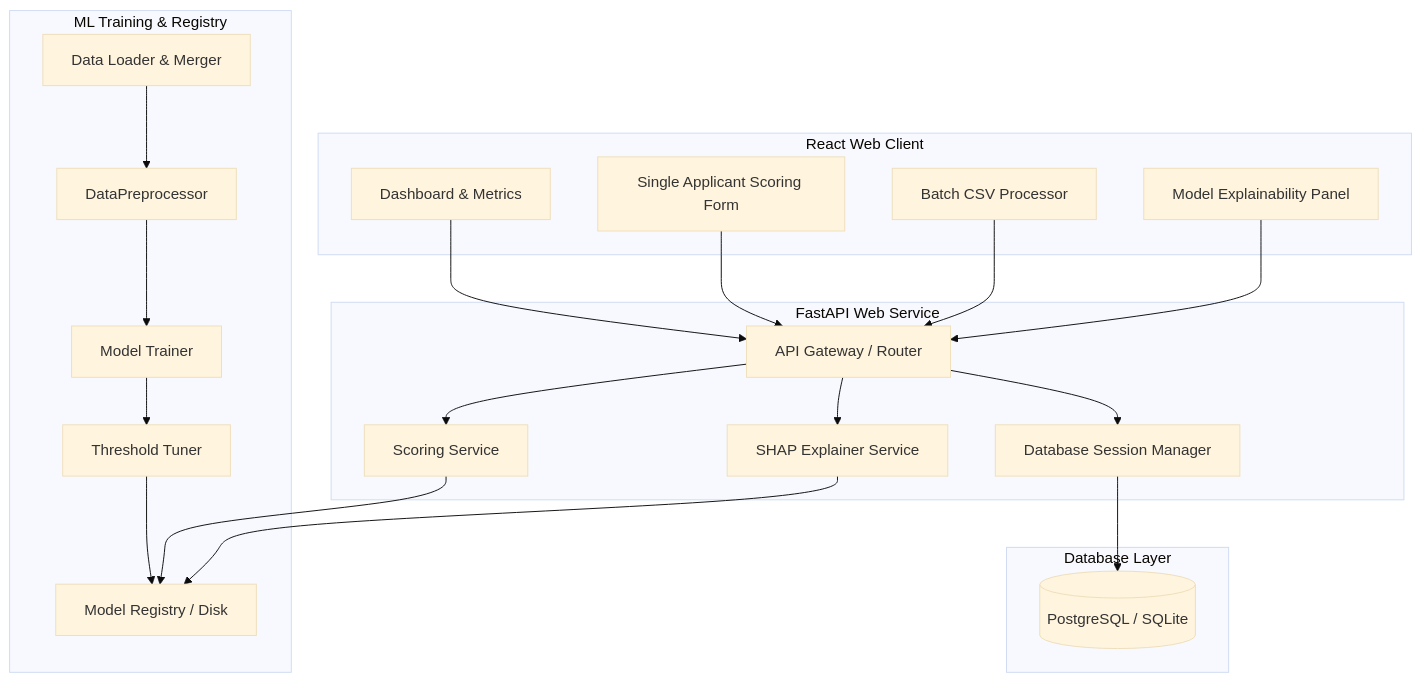
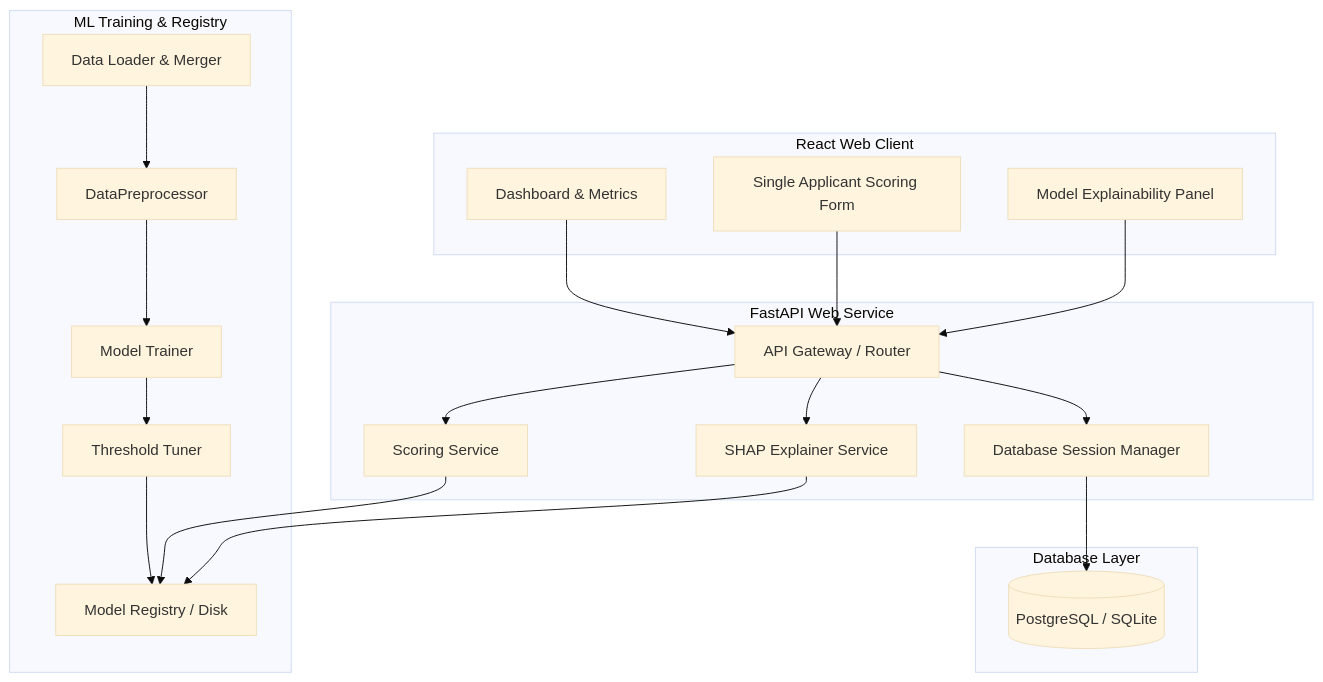
One commit to layzabhi/credit_risk changed the diagram in README.md. Above: the diagram before and after it, drawn with Mermaid (base theme). The commit also changed other lines of this file, not shown here.

Commit message:
Update README to reflect architecture changes
Reorganized system architecture diagram for clarity.

````diff
--- a/README.md
+++ b/README.md
@@ -13,46 +11,44 @@
 ```mermaid
 graph TD
     subgraph Frontend [React Web Client]
         A[Dashboard & Metrics]
         B[Single Applicant Scoring Form]
-        C[Batch CSV Processor]
-        D[Model Explainability Panel]
+        C[Model Explainability Panel]
     end
 
     subgraph Backend [FastAPI Web Service]
-        E[API Gateway / Router]
-        F[Scoring Service]
-        G[SHAP Explainer Service]
-        H[Database Session Manager]
+        D[API Gateway / Router]
+        E[Scoring Service]
+        F[SHAP Explainer Service]
+        G[Database Session Manager]
     end
 
     subgraph Storage [Database Layer]
-        I[(PostgreSQL / SQLite)]
+        H[(PostgreSQL / SQLite)]
     end
 
     subgraph ML_Pipeline [ML Training & Registry]
-        J[Data Loader & Merger]
-        K[DataPreprocessor]
-        L[Model Trainer]
-        M[Threshold Tuner]
-        N[Model Registry / Disk]
+        I[Data Loader & Merger]
+        J[DataPreprocessor]
+        K[Model Trainer]
+        L[Threshold Tuner]
+        M[Model Registry / Disk]
     end
 
-    A --> E
-    B --> E
-    C --> E
+    A --> D
+    B --> D
+    C --> D
+
     D --> E
+    D --> F
+    D --> G
 
-    E --> F
-    E --> G
-    E --> H
-
-    H --> I
-    F --> N
-    G --> N
+    G --> H
+    E --> M
+    F --> M
     
+    I --> J
     J --> K
     K --> L
     L --> M
-    M --> N
 ```
````
